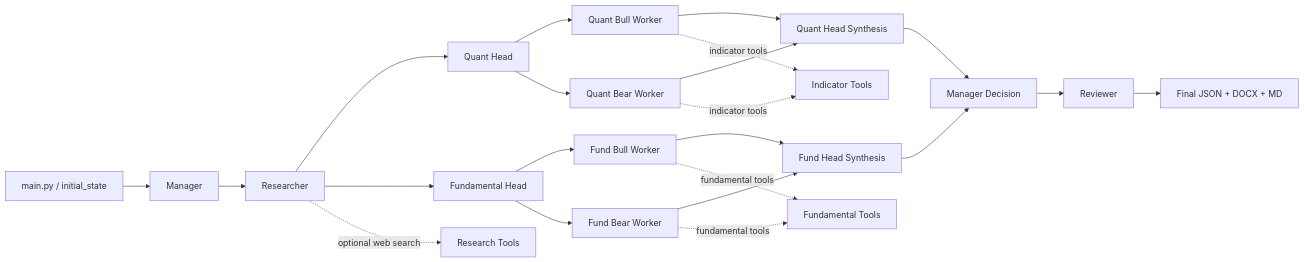
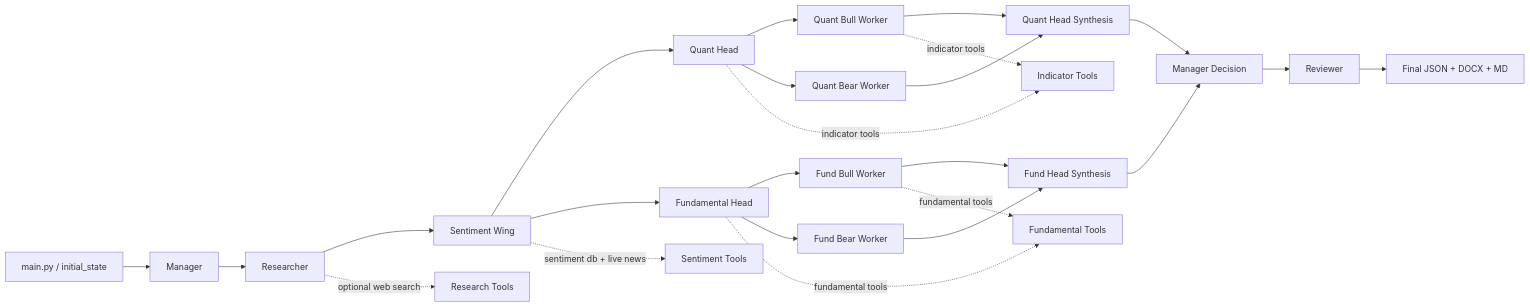
Before and after one commit to SwarnadeepSeth/ThinkerSwarmHF: the diagram in README.md, drawn with Mermaid. The commit also changed other lines of this file and 4429 other files, not shown here.

````diff
--- a/README.md
+++ b/README.md
@@ -54,28 +58,30 @@
 ```mermaid
 flowchart LR
     A[main.py / initial_state] --> B[Manager]
     B --> C[Researcher]
-    C --> D[Quant Head]
-    C --> E[Fundamental Head]
+    C --> D[Sentiment Wing]
+    D --> E[Quant Head]
+    D --> F[Fundamental Head]
 
-    D --> F[Quant Bull Worker]
-    D --> G[Quant Bear Worker]
-    E --> H[Fund Bull Worker]
-    E --> I[Fund Bear Worker]
+    E --> G[Quant Bull Worker]
+    E --> H[Quant Bear Worker]
+    F --> I[Fund Bull Worker]
+    F --> J[Fund Bear Worker]
 
-    F --> J[Quant Head Synthesis]
-    G --> J
-    H --> K[Fund Head Synthesis]
-    I --> K
+    G --> K[Quant Head Synthesis]
+    H --> K
+    I --> L[Fund Head Synthesis]
+    J --> L
 
-    J --> L[Manager Decision]
-    K --> L
-    L --> M[Reviewer]
-    M --> N[Final JSON + DOCX + MD]
+    K --> M[Manager Decision]
+    L --> M
+    M --> N[Reviewer]
+    N --> O[Final JSON + DOCX + MD]
 
-    C -. optional web search .-> O[Research Tools]
-    F -. indicator tools .-> P[Indicator Tools]
-    G -. indicator tools .-> P
-    H -. fundamental tools .-> Q[Fundamental Tools]
-    I -. fundamental tools .-> Q
+    C -. optional web search .-> P[Research Tools]
+    D -. sentiment db + live news .-> Q[Sentiment Tools]
+    E -. indicator tools .-> R[Indicator Tools]
+    G -. indicator tools .-> R
+    F -. fundamental tools .-> S[Fundamental Tools]
+    I -. fundamental tools .-> S
 ```
````
